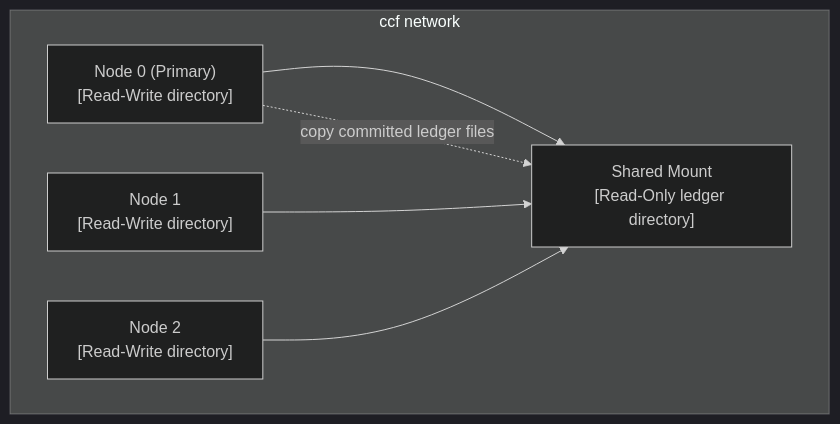
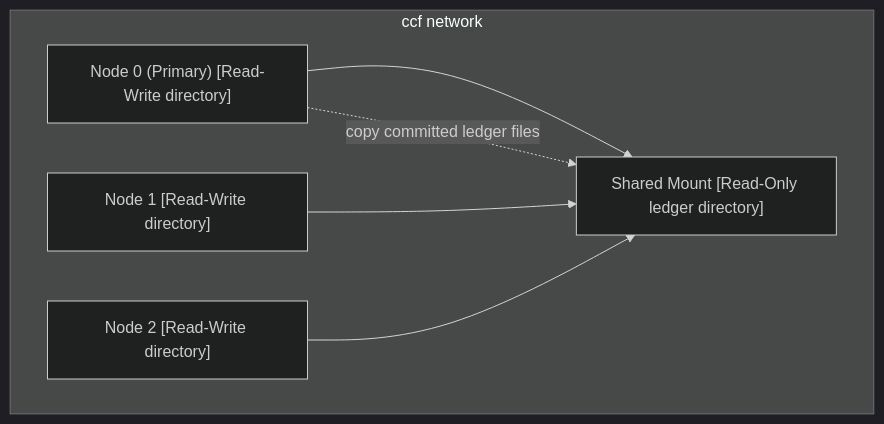
One commit to microsoft/CCF changed the diagram in doc/operations/data_persistence.rst. Above: the diagram before and after it, drawn with Mermaid (dark theme). The commit also changed 10 other files, not shown here.

First line of the commit message:
Refine documentation icons and diagram presentation

```diff
--- a/doc/operations/data_persistence.rst
+++ b/doc/operations/data_persistence.rst
@@ -29,13 +29,13 @@
 .. mermaid::
 
     graph TD;
     subgraph ccf network;
-    A["Node 0 (Primary)<br> [Read-Write directory]"];
-    B["Node 1<br> [Read-Write directory]"];
-    C["Node 2<br> [Read-Write directory]"];
-    D["Shared Mount<br>[Read-Only ledger directory]"]
+    A["Node 0 (Primary) [Read-Write directory]"];
+    B["Node 1 [Read-Write directory]"];
+    C["Node 2 [Read-Write directory]"];
+    D["Shared Mount [Read-Only ledger directory]"]
     A-->D
     A-. copy committed ledger files .-> D
     B-->D
     C-->D
     end;
```
